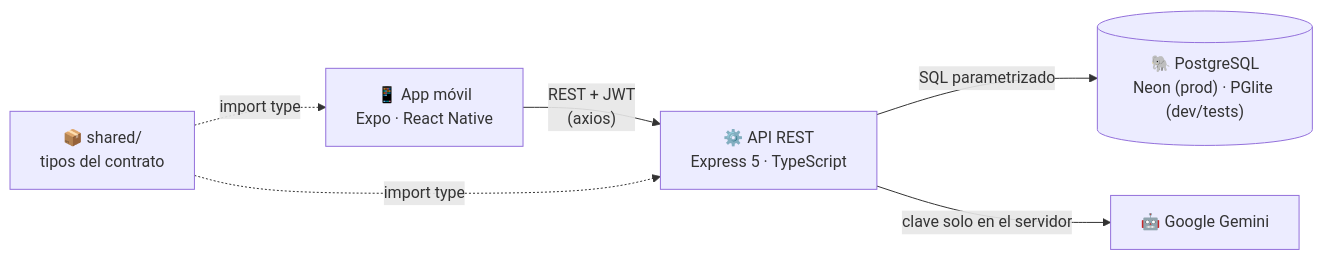
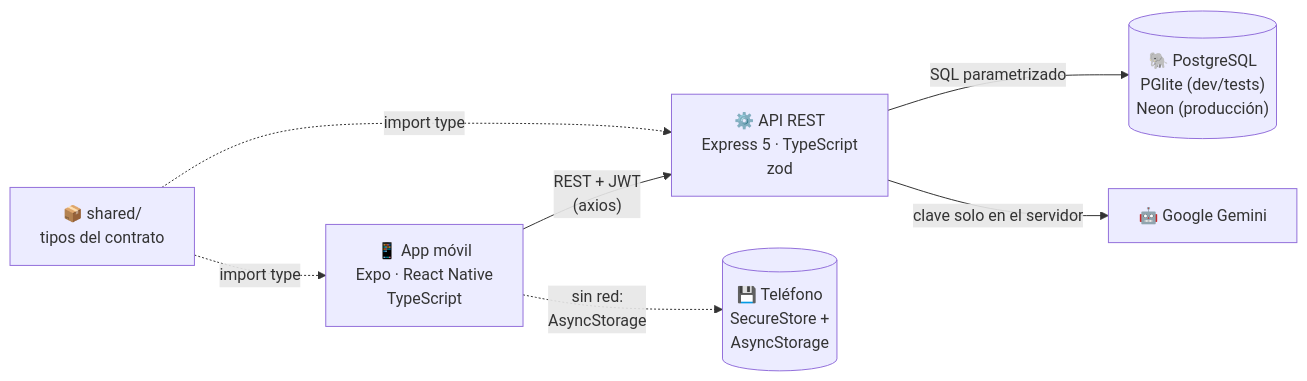
The second of 2 diagrams in README.md (Alessandro-BS/HueckoApp-Android), drawn with Mermaid before and after one commit. The commit also changed other lines of this file and 7 other files, not shown here.

````diff
--- a/README.md
+++ b/README.md
@@ -47,8 +117,9 @@
 ```mermaid
 flowchart LR
-    A["📱 App móvil<br/>Expo · React Native"] -- "REST + JWT<br/>(axios)" --> B["⚙️ API REST<br/>Express 5 · TypeScript"]
-    B -- "SQL parametrizado" --> C[("🐘 PostgreSQL<br/>Neon (prod) · PGlite (dev/tests)")]
+    A["📱 App móvil<br/>Expo · React Native<br/>TypeScript"] -- "REST + JWT<br/>(axios)" --> B["⚙️ API REST<br/>Express 5 · TypeScript<br/>zod"]
+    A -. "sin red:<br/>AsyncStorage" .-> L[("💾 Teléfono<br/>SecureStore +<br/>AsyncStorage")]
+    B -- "SQL parametrizado" --> C[("🐘 PostgreSQL<br/>PGlite (dev/tests)<br/>Neon (producción)")]
     B -- "clave solo en el servidor" --> D["🤖 Google Gemini"]
     S["📦 shared/<br/>tipos del contrato"] -. "import type" .-> A
     S -. "import type" .-> B
 ```
````
